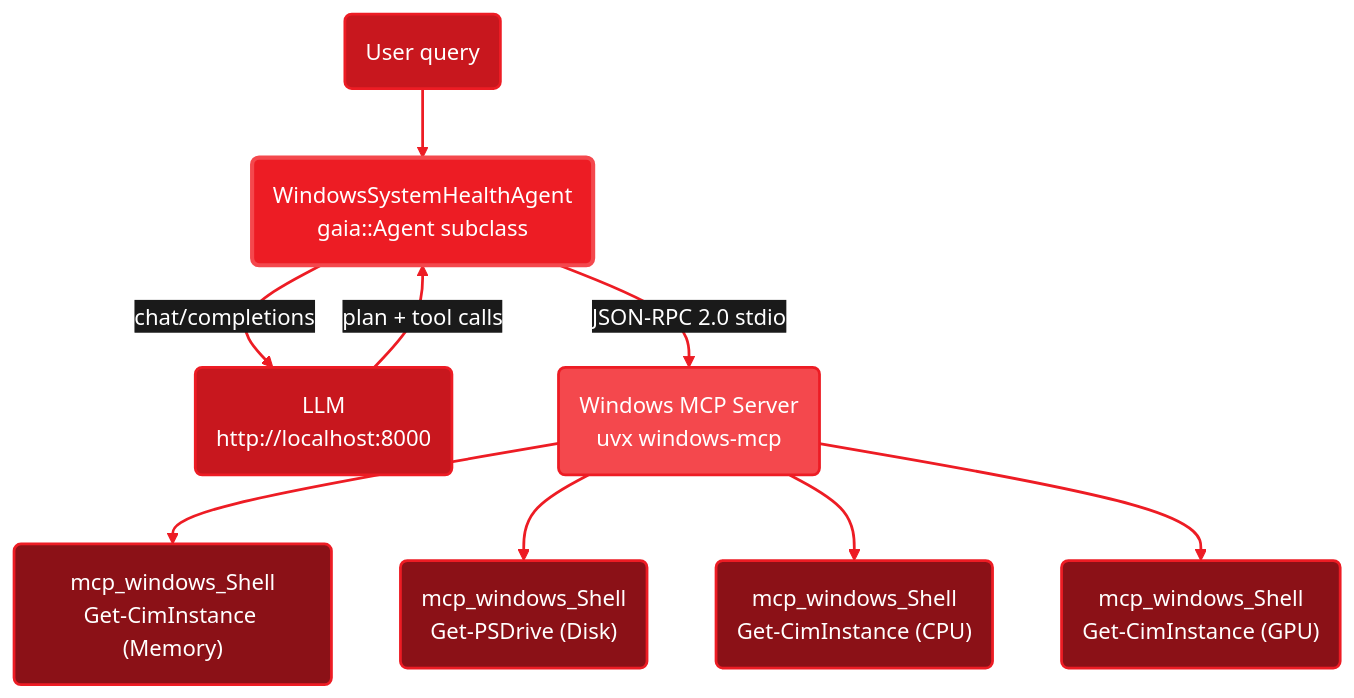
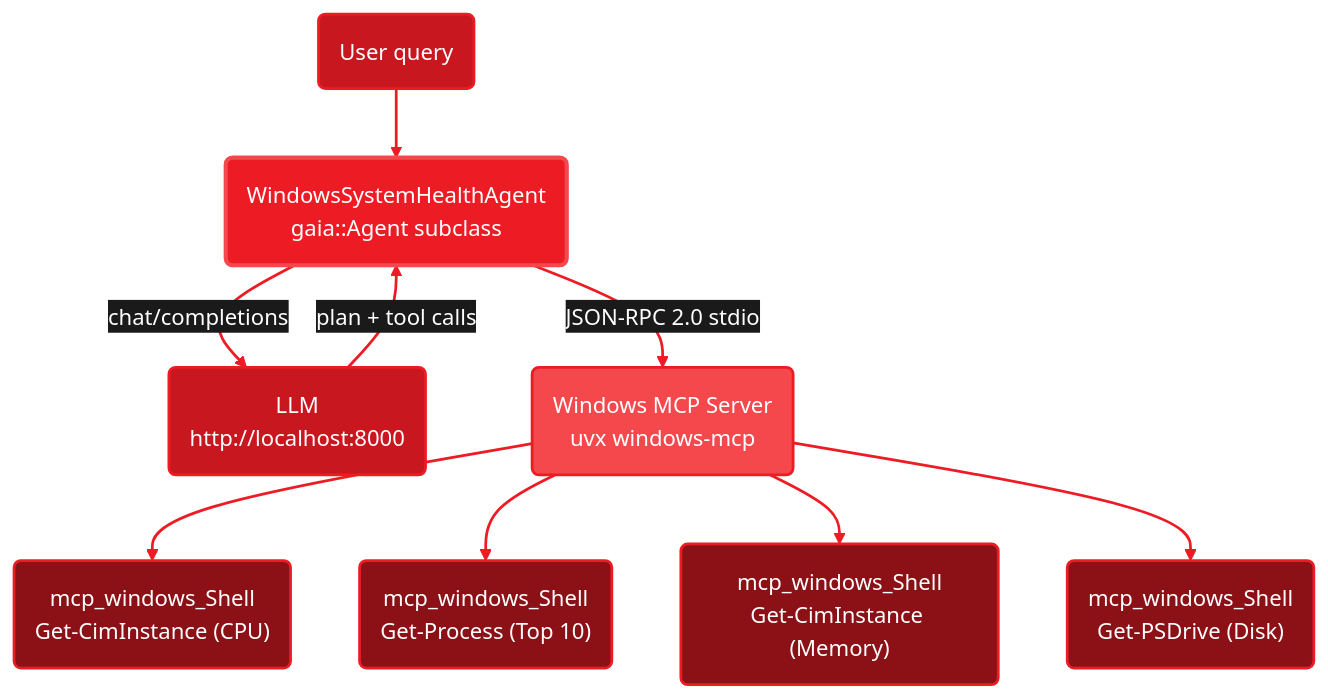
One commit to amd/gaia changed the diagram in docs/cpp/health-agent.mdx. Above: the diagram before and after it, drawn with Mermaid. The commit also changed other lines of this file and 5 other files, not shown here.

````diff
--- a/docs/cpp/health-agent.mdx
+++ b/docs/cpp/health-agent.mdx
@@ -33,29 +107,29 @@
 ```mermaid
 %%{init: {'theme':'base', 'themeVariables': { 'primaryColor':'#ED1C24', 'fontSize':'16px', 'lineColor':'#ED1C24', 'primaryTextColor':'#fff', 'edgeLabelBackground':'#1a1a1a'}, 'flowchart': {'curve': 'basis'}}}%%
 graph TB
     User("User query")
     Agent("WindowsSystemHealthAgent<br/>gaia::Agent subclass")
     LLM("LLM<br/>http://localhost:8000")
     MCP("Windows MCP Server<br/>uvx windows-mcp")
 
     User --> Agent
     Agent -->|"chat/completions"| LLM
     LLM -->|"plan + tool calls"| Agent
     Agent -->|"JSON-RPC 2.0 stdio"| MCP
 
-    MCP --> Shell1("mcp_windows_Shell<br/>Get-CimInstance (Memory)")
-    MCP --> Shell2("mcp_windows_Shell<br/>Get-PSDrive (Disk)")
-    MCP --> Shell3("mcp_windows_Shell<br/>Get-CimInstance (CPU)")
-    MCP --> Shell4("mcp_windows_Shell<br/>Get-CimInstance (GPU)")
+    MCP --> Shell1("mcp_windows_Shell<br/>Get-CimInstance (CPU)")
+    MCP --> Shell2("mcp_windows_Shell<br/>Get-Process (Top 10)")
+    MCP --> Shell3("mcp_windows_Shell<br/>Get-CimInstance (Memory)")
+    MCP --> Shell4("mcp_windows_Shell<br/>Get-PSDrive (Disk)")
 
     style User fill:#C8171E,stroke:#ED1C24,stroke-width:2px,color:#fff
     style Agent fill:#ED1C24,stroke:#F4484D,stroke-width:3px,color:#fff
     style LLM fill:#C8171E,stroke:#ED1C24,stroke-width:2px,color:#fff
     style MCP fill:#F4484D,stroke:#ED1C24,stroke-width:2px,color:#fff
     style Shell1 fill:#8B1117,stroke:#ED1C24,stroke-width:2px,color:#fff
     style Shell2 fill:#8B1117,stroke:#ED1C24,stroke-width:2px,color:#fff
     style Shell3 fill:#8B1117,stroke:#ED1C24,stroke-width:2px,color:#fff
     style Shell4 fill:#8B1117,stroke:#ED1C24,stroke-width:2px,color:#fff
 
     linkStyle default stroke:#ED1C24,stroke-width:2px
 ```
````
